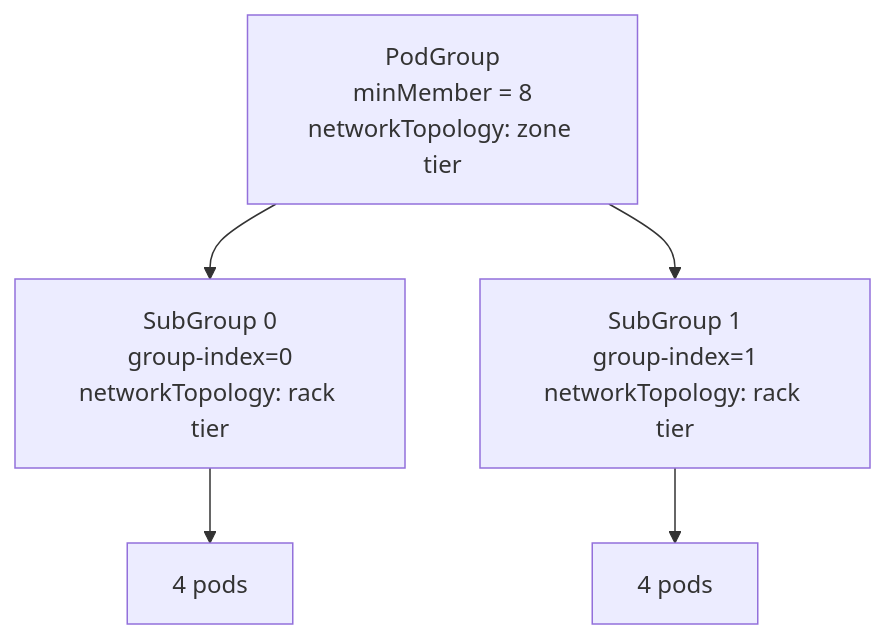
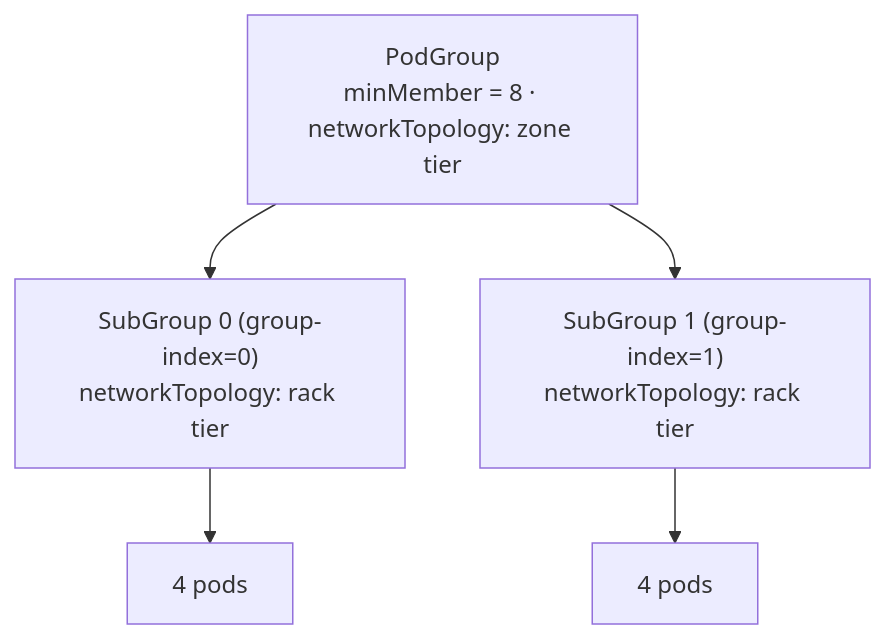
One commit to JesseStutler/volcano changed the fifth of 11 diagrams in docs/research/k8s-workload-aware-scheduling-vs-volcano.md. Above: the diagram before and after it, drawn with Mermaid. The commit also changed other lines of this file and 1 other file, not shown here.

First line of the commit message:
docs: tighten report for sharing and add single-Pod vs PodGroup flow

````diff
--- a/docs/research/k8s-workload-aware-scheduling-vs-volcano.md
+++ b/docs/research/k8s-workload-aware-scheduling-vs-volcano.md
@@ -272,10 +206,10 @@
 ```mermaid
 flowchart TD
-    VPG["PodGroup<br/>minMember = 8<br/>networkTopology: zone tier"]
-    S0["SubGroup 0<br/>group-index=0<br/>networkTopology: rack tier"]
-    S1["SubGroup 1<br/>group-index=1<br/>networkTopology: rack tier"]
+    VPG["PodGroup<br/>minMember = 8 · networkTopology: zone tier"]
+    S0["SubGroup 0 (group-index=0)<br/>networkTopology: rack tier"]
+    S1["SubGroup 1 (group-index=1)<br/>networkTopology: rack tier"]
     VPG --> S0
     VPG --> S1
     S0 --> VP0["4 pods"]
     S1 --> VP1["4 pods"]
 ```
````
